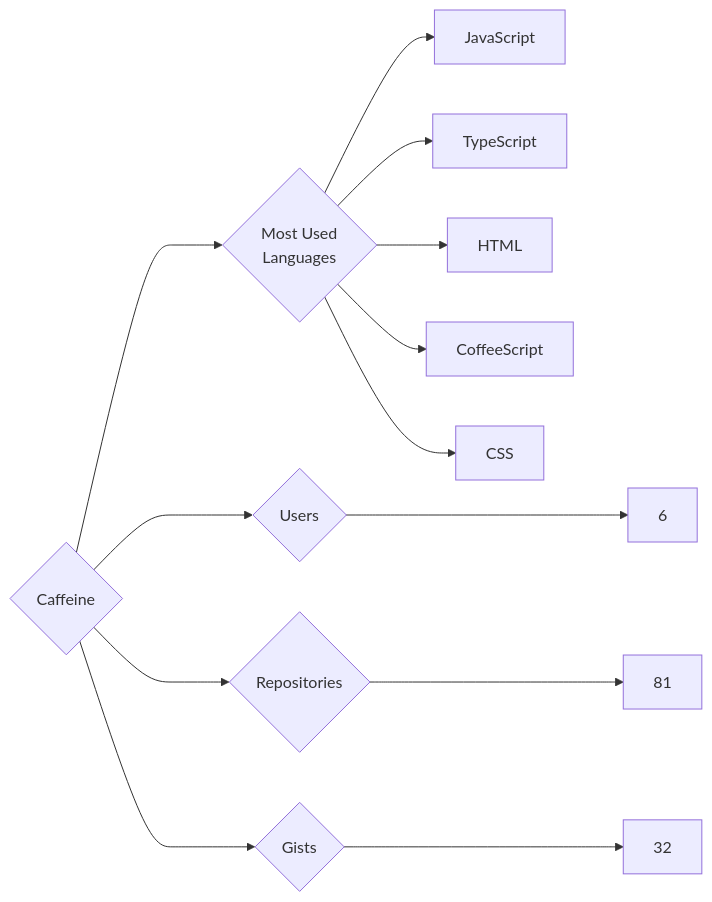
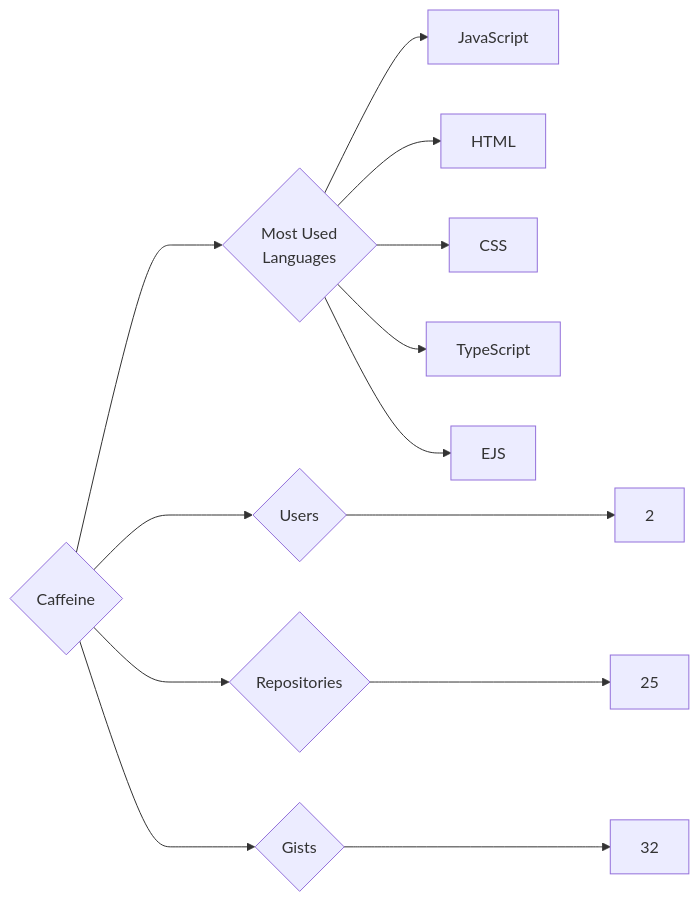
One commit to trickest/insiders changed the diagram in targets/Caffeine/README.md. Above: the diagram before and after it, drawn with Mermaid. The commit also changed 718 other files, not shown here.

````diff
--- a/targets/Caffeine/README.md
+++ b/targets/Caffeine/README.md
@@ -3,13 +3,13 @@
 ```mermaid
 graph LR
 COMPANY_NAME{Caffeine}
-COMPANY_NAME ---> U{Users} ---> UN[6]
-COMPANY_NAME ---> R{Repositories} ---> RN[81]
+COMPANY_NAME ---> U{Users} ---> UN[2]
+COMPANY_NAME ---> R{Repositories} ---> RN[25]
 COMPANY_NAME ---> G{Gists} ---> GN[32]
 COMPANY_NAME ---> ML{Most Used<br>Languages}
 ML --> JavaScript[JavaScript]
+ML --> HTML[HTML]
+ML --> CSS[CSS]
 ML --> TypeScript[TypeScript]
-ML --> HTML[HTML]
-ML --> CoffeeScript[CoffeeScript]
-ML --> CSS[CSS]
+ML --> EJS[EJS]
 ```
````
